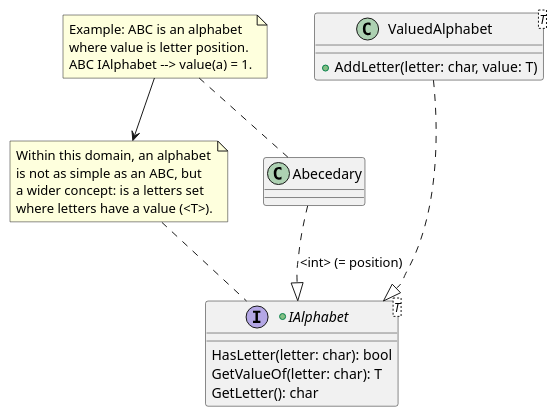
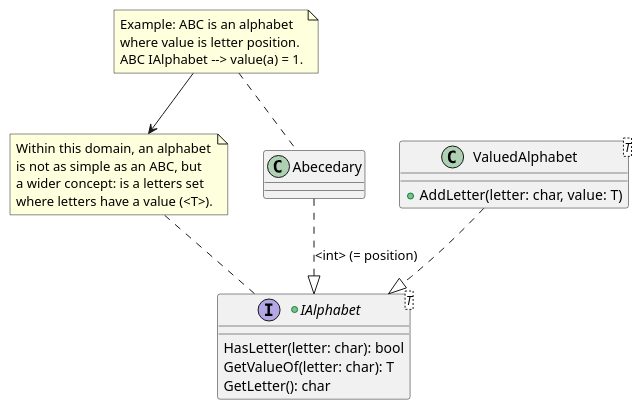
One commit to RicardoGuzmanVelasco/Kalendra.Words changed the diagram in Assets/Kalendra.Words/Documentation~/Alphabet.puml. Above: the diagram before and after it, drawn with PlantUML. The commit also changed 2 other files, not shown here.

Commit message:
GameLexicon diagram

```diff
--- a/Assets/Kalendra.Words/Documentation~/Alphabet.puml
+++ b/Assets/Kalendra.Words/Documentation~/Alphabet.puml
@@ -1,34 +1,34 @@
 @startuml
 'https://plantuml.com/class-diagram
 
 +interface IAlphabet<T>
 {
     HasLetter(letter: char): bool
     GetValueOf(letter: char): T
     GetLetter(): char
 }
 
 note as NoteIAlphabet
 Within this domain, an alphabet
 is not as simple as an ABC, but
 a wider concept: is a letters set
 where letters have a value (<T>).
 end note
 NoteIAlphabet .. IAlphabet
 
 Abecedary ..|> IAlphabet : <int> (= position)
 
 note as NoteAbecedary
 Example: ABC is an alphabet
 where value is letter position.
 ABC IAlphabet --> value(a) = 1.
 end note
 NoteAbecedary .. Abecedary
 NoteAbecedary --> NoteIAlphabet
 
 class ValuedAlphabet<T>{
     +AddLetter(letter: char, value: T)
 }
-ValuedAlphabet ...|> IAlphabet
+ValuedAlphabet ..|> IAlphabet
 
 @enduml
```
